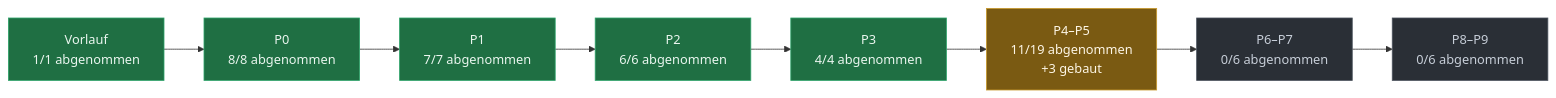
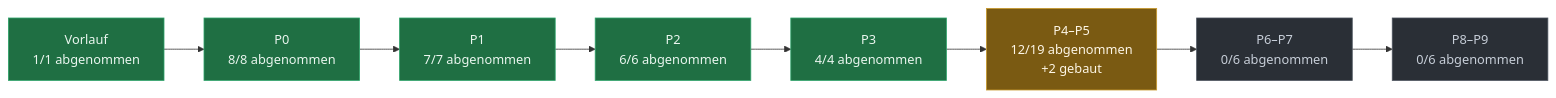
The diagram in docs/PLAN-STAND.md (evenacadia-tech/Nakama), drawn with Mermaid before and after one commit. The commit also changed other lines of this file, not shown here.

````diff
--- a/docs/PLAN-STAND.md
+++ b/docs/PLAN-STAND.md
@@ -37,21 +37,21 @@
 ```mermaid
 flowchart LR
   P0["Vorlauf<br/>1/1 abgenommen"]:::fertig
   P1["P0<br/>8/8 abgenommen"]:::fertig
   P0 --> P1
   P2["P1<br/>7/7 abgenommen"]:::fertig
   P1 --> P2
   P3["P2<br/>6/6 abgenommen"]:::fertig
   P2 --> P3
   P4["P3<br/>4/4 abgenommen"]:::fertig
   P3 --> P4
-  P5["P4–P5<br/>11/19 abgenommen<br/>+3 gebaut"]:::laeuft
+  P5["P4–P5<br/>12/19 abgenommen<br/>+2 gebaut"]:::laeuft
   P4 --> P5
   P6["P6–P7<br/>0/6 abgenommen"]:::offen
   P5 --> P6
   P7["P8–P9<br/>0/6 abgenommen"]:::offen
   P6 --> P7
   classDef fertig fill:#1f6f43,stroke:#2ea36a,color:#eaf6ef
   classDef laeuft fill:#7a5a12,stroke:#c99a2e,color:#fdf6e6
   classDef offen  fill:#2a2f36,stroke:#4a525c,color:#c7ced8
 ```
````
